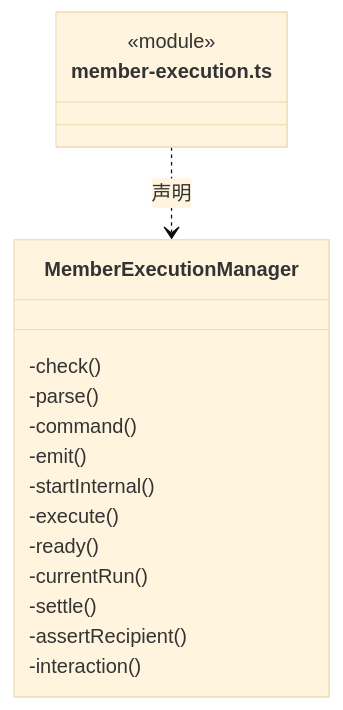
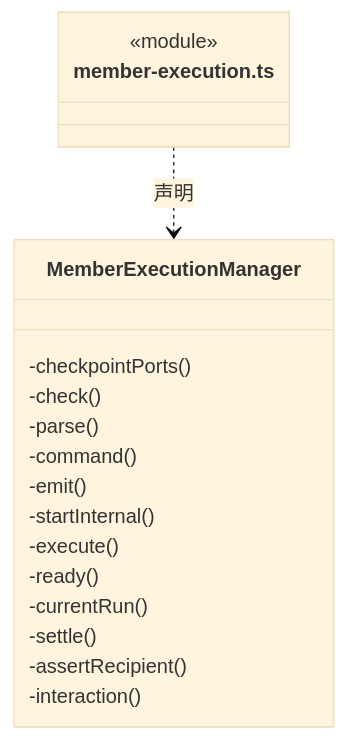
Before and after one commit to nan023062/cbim: the seventh of 16 diagrams in src/logic/team/runtime/ARCHITECTURE.md, drawn with Mermaid (base theme). The commit also changed other lines of this file and 139 other files, not shown here.

Commit message:
docs(architecture): add source reading paths and complete file inventories

````diff
--- a/src/logic/team/runtime/ARCHITECTURE.md
+++ b/src/logic/team/runtime/ARCHITECTURE.md
@@ -184,20 +189,21 @@
 ```mermaid
 classDiagram
 class N_src_logic_team_runtime_member_execution_ts["member-execution.ts"] {
   <<module>>
 }
 class N_src_logic_team_runtime_member_execution_ts_MemberExecutionManager["MemberExecutionManager"] {
+  -checkpointPorts()
   -check()
   -parse()
   -command()
   -emit()
   -startInternal()
   -execute()
   -ready()
   -currentRun()
   -settle()
   -assertRecipient()
   -interaction()
 }
 N_src_logic_team_runtime_member_execution_ts ..> N_src_logic_team_runtime_member_execution_ts_MemberExecutionManager : 声明
 ```
````
